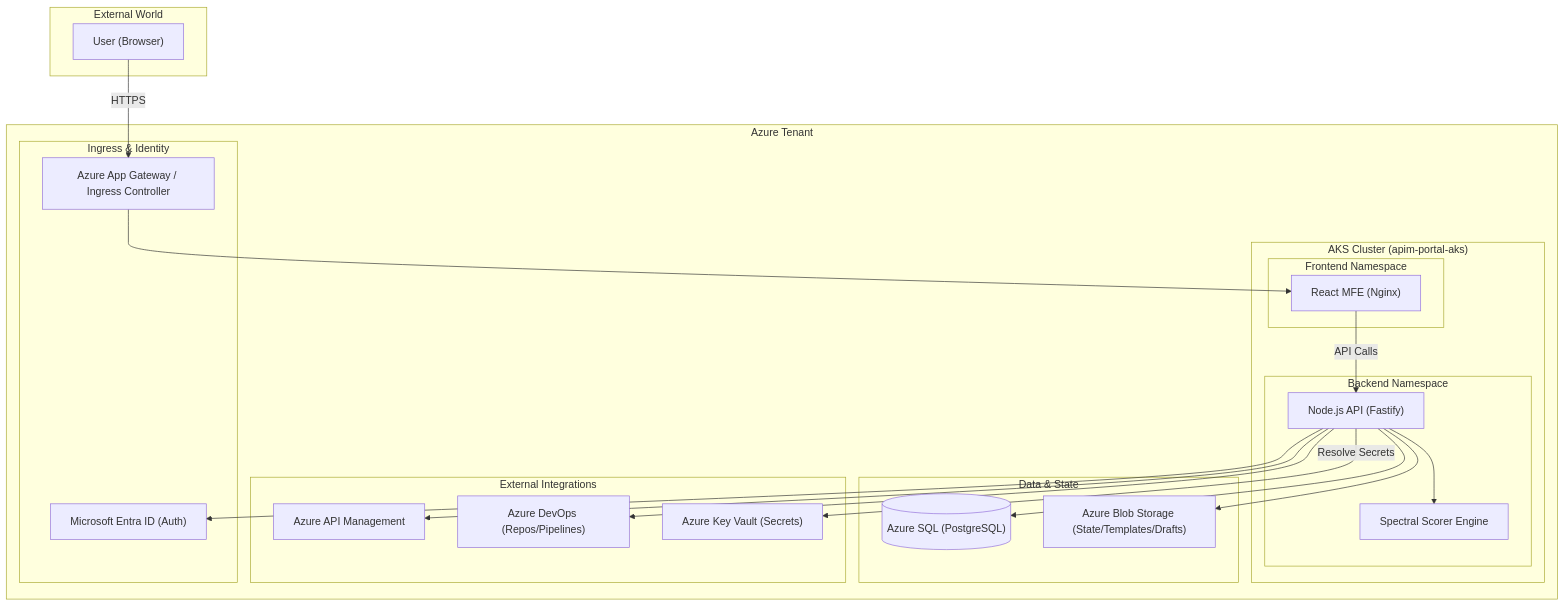
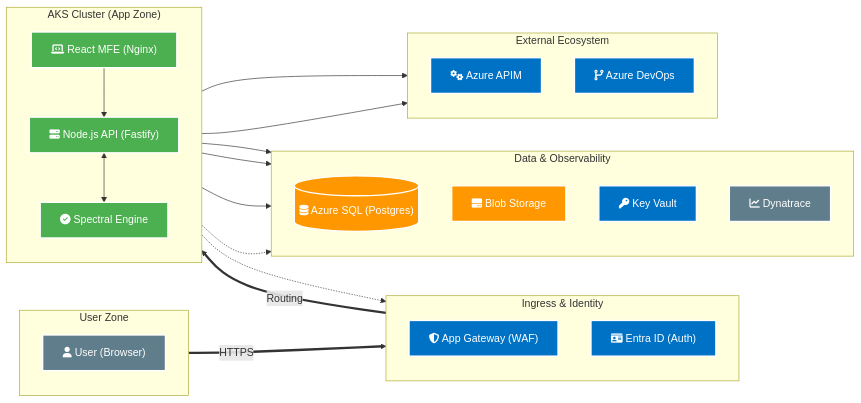
Before and after one commit to alagusundarams/swagger-scorer: the third of 8 diagrams in docs/architecture_diagrams.md, drawn with Mermaid. The commit also changed other lines of this file and 24 other files, not shown here.

First line of the commit message:
docs: complete overhaul of documentation architecture and backlog

````diff
--- a/docs/architecture_diagrams.md
+++ b/docs/architecture_diagrams.md
@@ -51,45 +106,53 @@
 ```mermaid
-graph TB
-    subgraph "External World"
-        User["User (Browser)"]
+graph LR
+    %% Styles
+    classDef azure fill:#0072C6,stroke:#fff,stroke-width:2px,color:#fff;
+    classDef compute fill:#4caf50,stroke:#fff,stroke-width:2px,color:#fff;
+    classDef db fill:#ff9800,stroke:#fff,stroke-width:2px,color:#fff;
+    classDef ext fill:#607d8b,stroke:#fff,stroke-width:2px,color:#fff;
+
+    subgraph Lane1["User Zone"]
+        direction TB
+        User["fa:fa-user User (Browser)"]:::ext
     end
 
-    subgraph "Azure Tenant"
-        subgraph "AKS Cluster (apim-portal-aks)"
-            subgraph "Frontend Namespace"
-                FE["React MFE (Nginx)"]
-            end
-            subgraph "Backend Namespace"
-                BE["Node.js API (Fastify)"]
-                Scorer["Spectral Scorer Engine"]
-            end
-        end
-
-        subgraph "Data & State"
-            DB[("Azure SQL (PostgreSQL)")]
-            Storage["Azure Blob Storage (State/Templates/Drafts)"]
-        end
-
-        subgraph "External Integrations"
-            APIM["Azure API Management"]
-            ADO["Azure DevOps (Repos/Pipelines)"]
-            KeyVault["Azure Key Vault (Secrets)"]
-        end
-
-        subgraph "Ingress & Identity"
-            AGW["Azure App Gateway / Ingress Controller"]
-            EntraID["Microsoft Entra ID (Auth)"]
-        end
+    subgraph Lane2["Ingress & Identity"]
+        direction TB
+        AGW["fa:fa-shield-alt App Gateway (WAF)"]:::azure
+        EntraID["fa:fa-id-card Entra ID (Auth)"]:::azure
     end
 
-    User -->|HTTPS| AGW
-    AGW --> FE
-    FE -->|API Calls| BE
-    BE --> EntraID
+    subgraph Lane3["AKS Cluster (App Zone)"]
+        direction TB
+        FE["fa:fa-laptop-code React MFE (Nginx)"]:::compute
+        BE["fa:fa-server Node.js API (Fastify)"]:::compute
+        Scorer["fa:fa-check-circle Spectral Engine"]:::compute
+        FE --> BE
+        BE <--> Scorer
+    end
+
+    subgraph Lane4["Data & Observability"]
+        direction TB
+        DB[("fa:fa-database Azure SQL (Postgres)")]:::db
+        Storage["fa:fa-hdd Blob Storage"]:::db
+        KV["fa:fa-key Key Vault"]:::azure
+        Dynatrace["fa:fa-chart-line Dynatrace"]:::ext
+    end
+
+    subgraph Lane5["External Ecosystem"]
+        direction TB
+        APIM["fa:fa-cogs Azure APIM"]:::azure
+        ADO["fa:fa-code-branch Azure DevOps"]:::azure
+    end
+
+    %% Flows
+    User == HTTPS ==> AGW
+    AGW == Routing ==> FE
     BE --> DB
     BE --> Storage
+    BE --> KV
     BE --> APIM
     BE --> ADO
-    BE -->|Resolve Secrets| KeyVault
-    BE --> Scorer
+    BE -.-> Dynatrace
+    BE -.-> EntraID
 ```
````
